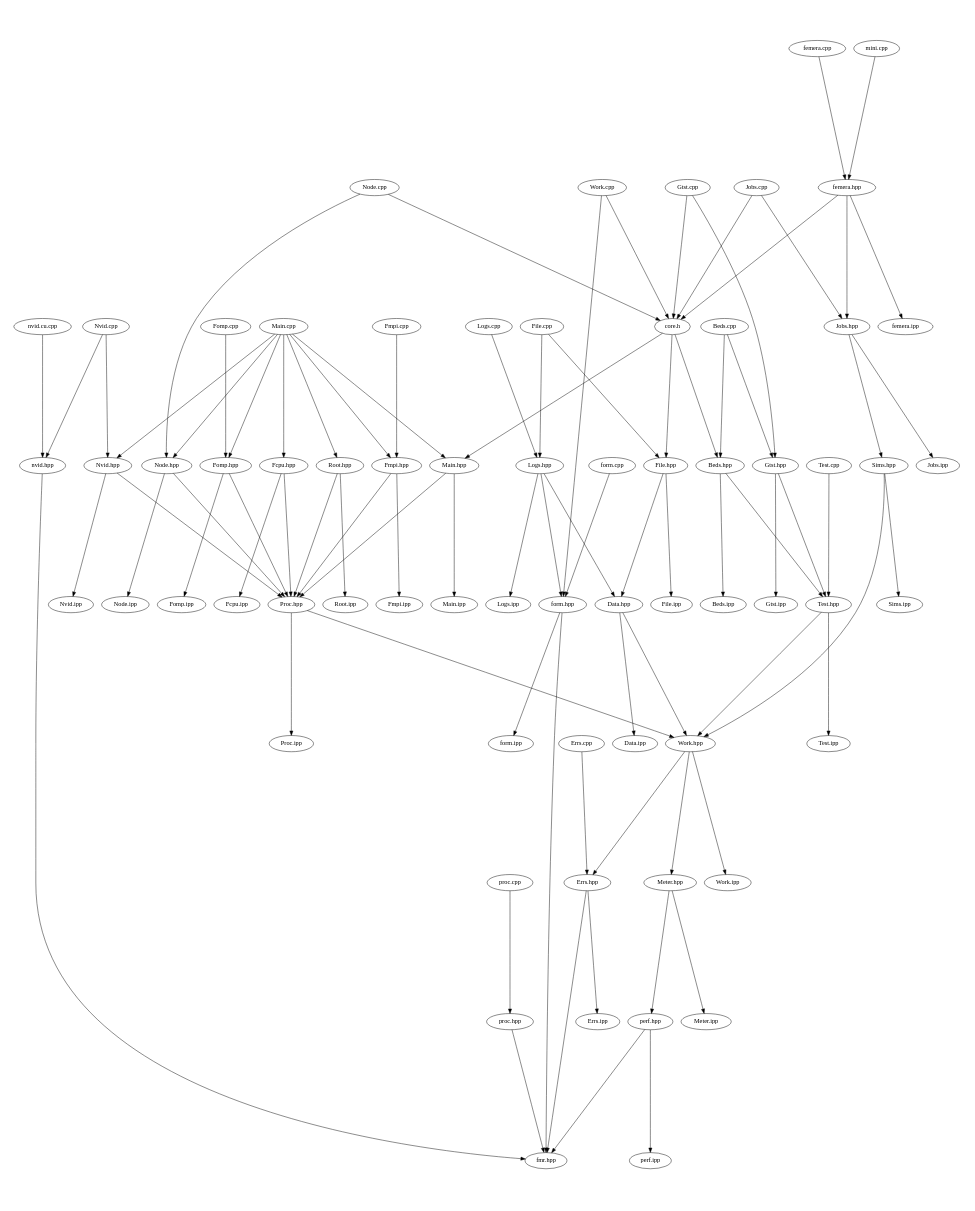
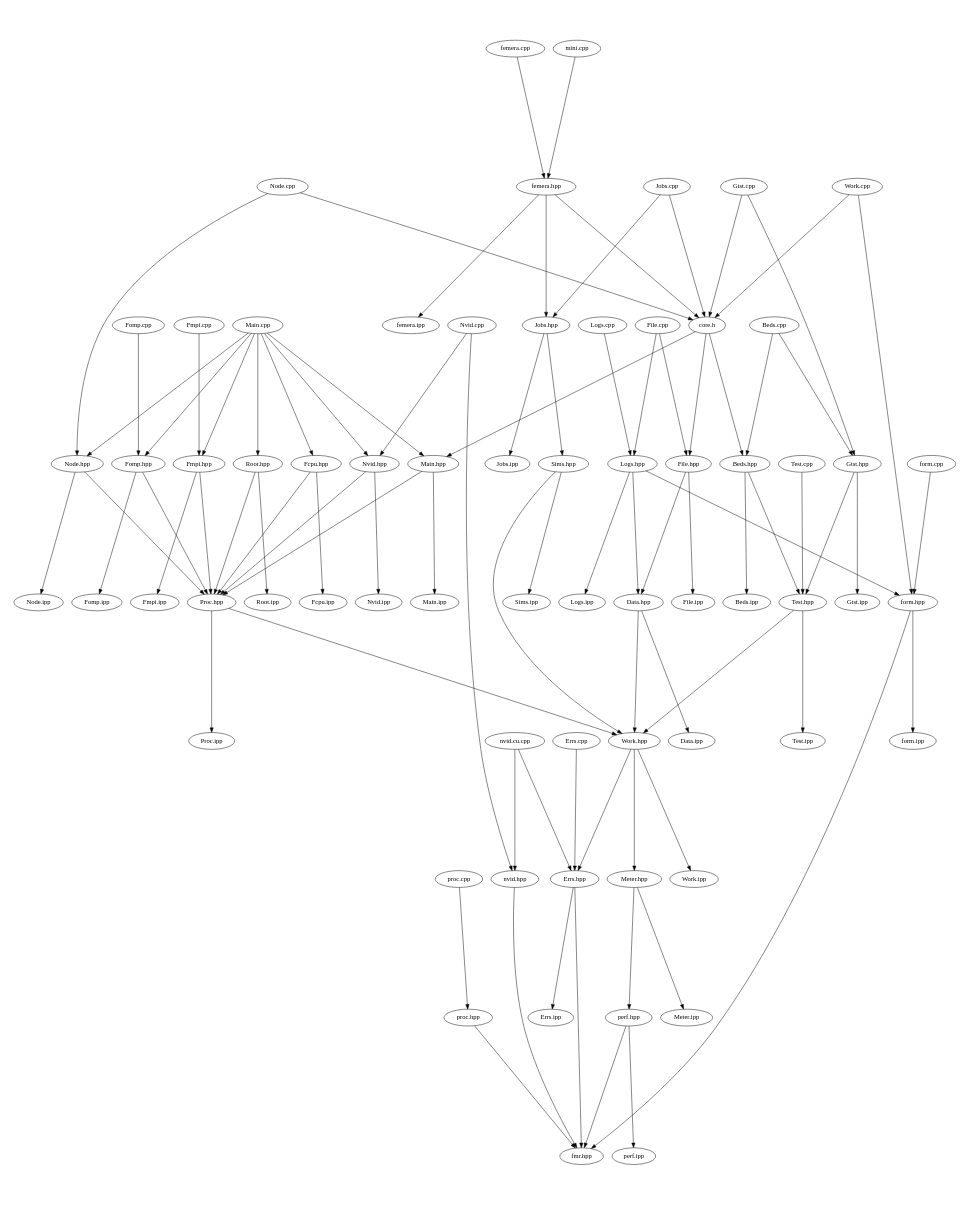
Before and after one commit to waggyz/femera-mini-app: the diagram in src/docs/src-notest.dot, drawn with Graphviz. The commit also changed 7 other files, not shown here.

```diff
--- a/src/docs/src-notest.dot
+++ b/src/docs/src-notest.dot
@@ -1,91 +1,92 @@
 digraph "source tree" {
     overlap=scale;
     size="8,10";
     ratio="fill";
     fontsize="16";
     fontname="Helvetica";
 	clusterrank="local";
 	"Gtst.cpp" -> "core.h"
 	"femera.hpp" -> "Jobs.hpp"
 	"Meter.hpp" -> "perf.hpp"
 	"Main.cpp" -> "Fomp.hpp"
 	"Sims.hpp" -> "Work.hpp"
 	"Errs.cpp" -> "Errs.hpp"
 	"femera.cpp" -> "femera.hpp"
 	"Work.hpp" -> "Errs.hpp"
 	"Fmpi.hpp" -> "Fmpi.ipp"
 	"Sims.hpp" -> "Sims.ipp"
 	"Jobs.hpp" -> "Jobs.ipp"
 	"Nvid.hpp" -> "Nvid.ipp"
 	"Fomp.cpp" -> "Fomp.hpp"
 	"Logs.cpp" -> "Logs.hpp"
 	"nvid.cu.cpp" -> "nvid.hpp"
 	"proc.hpp" -> "fmr.hpp"
 	"Nvid.hpp" -> "Proc.hpp"
 	"Root.hpp" -> "Proc.hpp"
 	"Main.cpp" -> "Node.hpp"
 	"Main.cpp" -> "Main.hpp"
 	"Proc.hpp" -> "Proc.ipp"
 	"Beds.cpp" -> "Gtst.hpp"
 	"Node.cpp" -> "Node.hpp"
 	"Main.cpp" -> "Fmpi.hpp"
 	"core.h" -> "Main.hpp"
 	"Main.cpp" -> "Fcpu.hpp"
 	"Work.cpp" -> "core.h"
 	"nvid.hpp" -> "fmr.hpp"
 	"perf.hpp" -> "fmr.hpp"
 	"Data.hpp" -> "Data.ipp"
 	"Work.hpp" -> "Work.ipp"
 	"Fmpi.hpp" -> "Proc.hpp"
 	"Test.hpp" -> "Work.hpp"
 	"Nvid.cpp" -> "nvid.hpp"
 	"Node.hpp" -> "Node.ipp"
 	"form.hpp" -> "form.ipp"
 	"Gtst.cpp" -> "Gtst.hpp"
 	"femera.hpp" -> "femera.ipp"
 	"Fcpu.hpp" -> "Proc.hpp"
 	"Fomp.hpp" -> "Proc.hpp"
 	"File.hpp" -> "File.ipp"
 	"Main.cpp" -> "Nvid.hpp"
 	"Meter.hpp" -> "Meter.ipp"
 	"core.h" -> "File.hpp"
 	"Fomp.hpp" -> "Fomp.ipp"
 	"Logs.hpp" -> "Data.hpp"
 	"Gtst.hpp" -> "Gtst.ipp"
 	"form.cpp" -> "form.hpp"
 	"File.cpp" -> "File.hpp"
 	"perf.hpp" -> "perf.ipp"
 	"proc.cpp" -> "proc.hpp"
 	"Node.cpp" -> "core.h"
 	"Fmpi.cpp" -> "Fmpi.hpp"
 	"File.cpp" -> "Logs.hpp"
 	"core.h" -> "Beds.hpp"
 	"Errs.hpp" -> "fmr.hpp"
 	"Fcpu.hpp" -> "Fcpu.ipp"
 	"Root.hpp" -> "Root.ipp"
 	"Errs.hpp" -> "Errs.ipp"
 	"Main.hpp" -> "Main.ipp"
 	"Test.cpp" -> "Test.hpp"
+	"nvid.cu.cpp" -> "Errs.hpp"
 	"Beds.cpp" -> "Beds.hpp"
 	"Node.hpp" -> "Proc.hpp"
 	"Main.cpp" -> "Root.hpp"
 	"Jobs.hpp" -> "Sims.hpp"
 	"Jobs.cpp" -> "Jobs.hpp"
 	"Logs.hpp" -> "Logs.ipp"
 	"File.hpp" -> "Data.hpp"
 	"mini.cpp" -> "femera.hpp"
 	"Work.cpp" -> "form.hpp"
 	"Beds.hpp" -> "Test.hpp"
 	"Proc.hpp" -> "Work.hpp"
 	"form.hpp" -> "fmr.hpp"
 	"Gtst.hpp" -> "Test.hpp"
 	"Data.hpp" -> "Work.hpp"
 	"Nvid.cpp" -> "Nvid.hpp"
 	"Beds.hpp" -> "Beds.ipp"
 	"femera.hpp" -> "core.h"
 	"Jobs.cpp" -> "core.h"
 	"Work.hpp" -> "Meter.hpp"
 	"Logs.hpp" -> "form.hpp"
 	"Main.hpp" -> "Proc.hpp"
 	"Test.hpp" -> "Test.ipp"
 }
```
